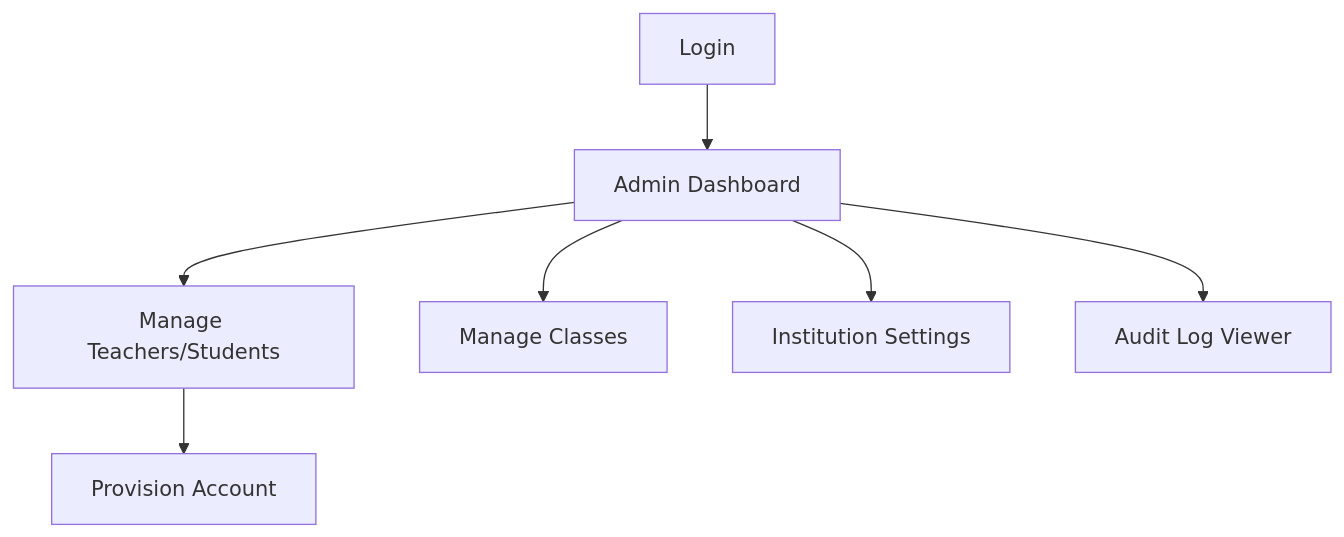
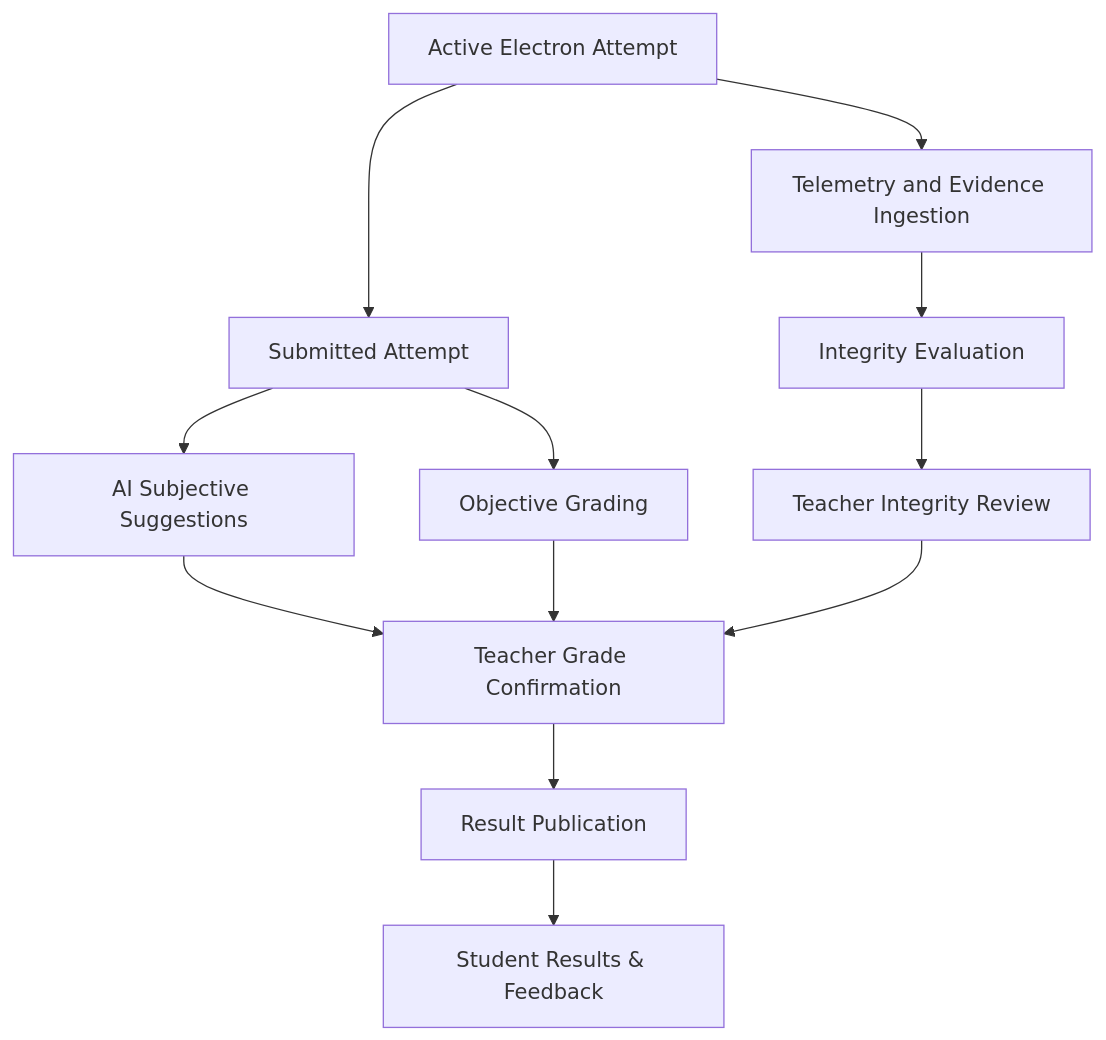
One commit to Khubaib-Asif/online-exam-platform changed the third of 3 diagrams in docs/modules/SCREEN_INVENTORY.md. Above: the diagram before and after it, drawn with Mermaid. The commit also changed other lines of this file and 85 other files, not shown here.

````diff
--- a/docs/modules/SCREEN_INVENTORY.md
+++ b/docs/modules/SCREEN_INVENTORY.md
@@ -125,9 +155,14 @@
 ```mermaid
 flowchart TD
-    A[Login] --> B[Admin Dashboard]
-    B --> C[Manage Teachers/Students]
-    C --> D[Provision Account]
-    B --> E[Manage Classes]
-    B --> F[Institution Settings]
-    B --> G[Audit Log Viewer]
+    A[Active Electron Attempt] --> B[Telemetry and Evidence Ingestion]
+    B --> C[Integrity Evaluation]
+    C --> D[Teacher Integrity Review]
+    A --> E[Submitted Attempt]
+    E --> F[Objective Grading]
+    E --> G[AI Subjective Suggestions]
+    G --> H[Teacher Grade Confirmation]
+    F --> H
+    D --> H
+    H --> I[Result Publication]
+    I --> J[Student Results & Feedback]
 ```
````
